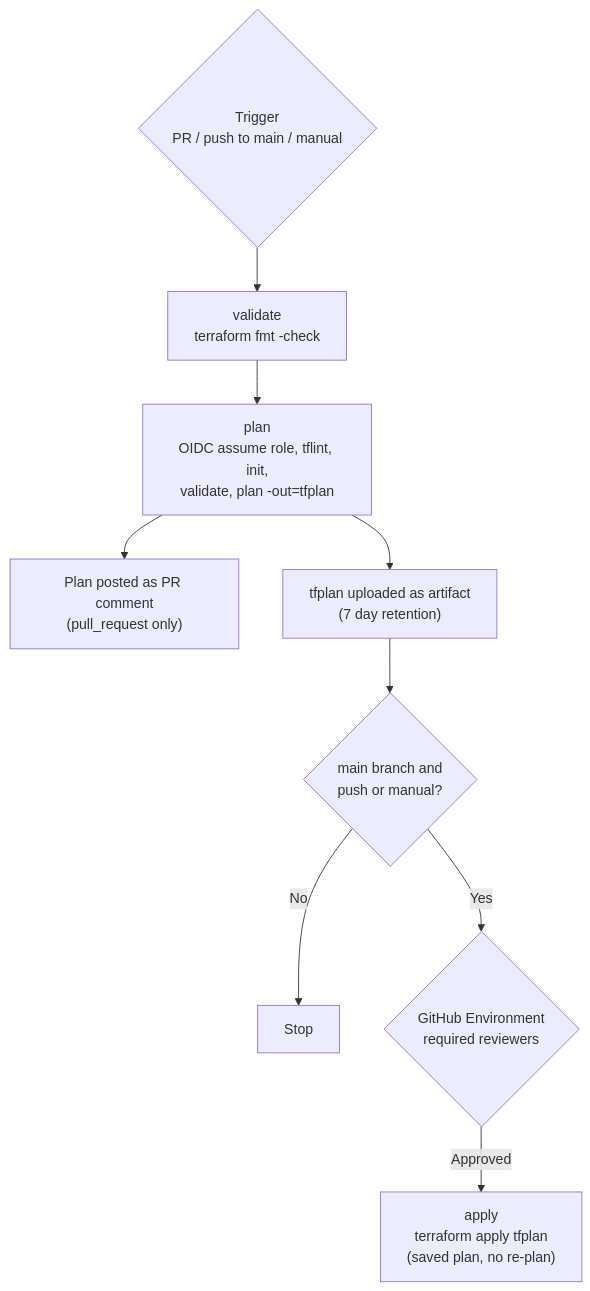
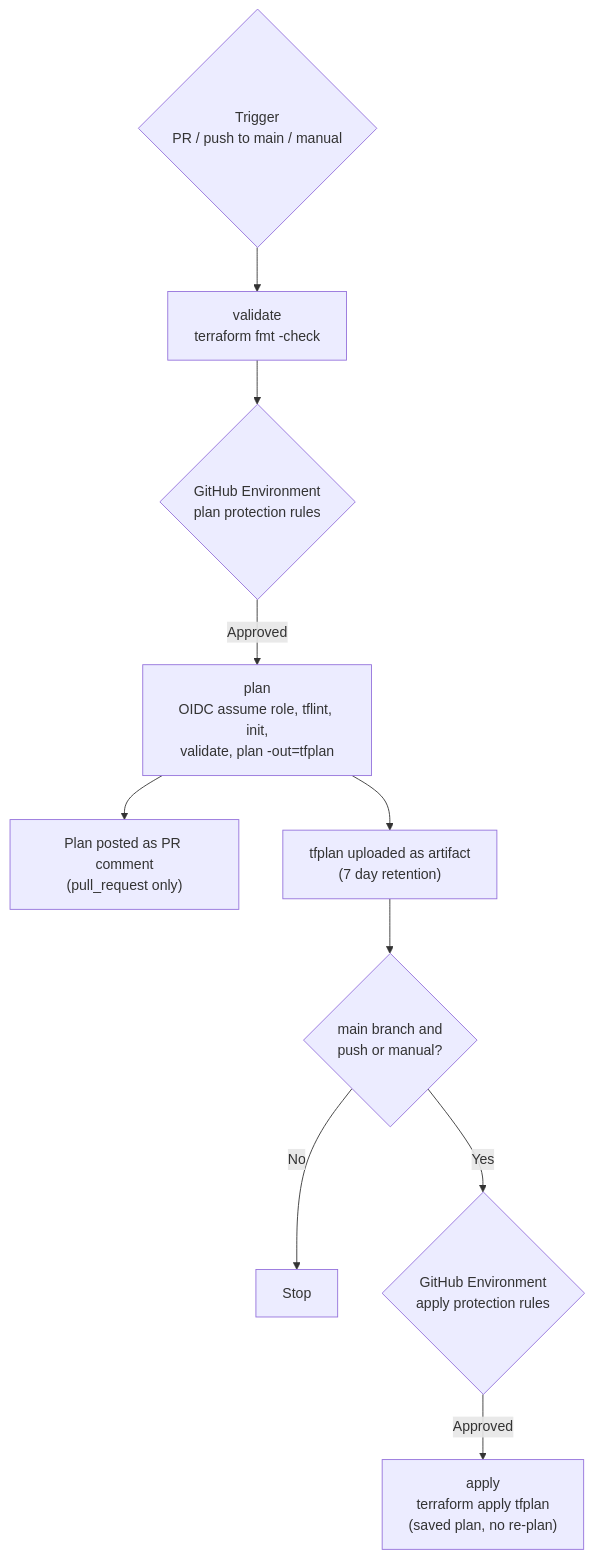
The second of 2 diagrams in README.md (pbs-common/terraform-aws-vm-migration), drawn with Mermaid before and after one commit.

Commit message:
Potential fix for pull request finding 'Plan job omits required environment protection checks'

````diff
--- a/README.md
+++ b/README.md
@@ -136,11 +136,12 @@
 ```mermaid
 flowchart TD
     T{"Trigger<br/>PR / push to main / manual"} --> V["validate<br/>terraform fmt -check"]
-    V --> P["plan<br/>OIDC assume role, tflint, init,<br/>validate, plan -out=tfplan"]
+    V --> PGATE{"GitHub Environment<br/>plan protection rules"}
+    PGATE -->|Approved| P["plan<br/>OIDC assume role, tflint, init,<br/>validate, plan -out=tfplan"]
     P --> C["Plan posted as PR comment<br/>(pull_request only)"]
     P --> U["tfplan uploaded as artifact<br/>(7 day retention)"]
     U --> Q{"main branch and<br/>push or manual?"}
     Q -->|No| E[Stop]
-    Q -->|Yes| GATE{"GitHub Environment<br/>required reviewers"}
-    GATE -->|Approved| A["apply<br/>terraform apply tfplan<br/>(saved plan, no re-plan)"]
+    Q -->|Yes| AGATE{"GitHub Environment<br/>apply protection rules"}
+    AGATE -->|Approved| A["apply<br/>terraform apply tfplan<br/>(saved plan, no re-plan)"]
 ```
````
